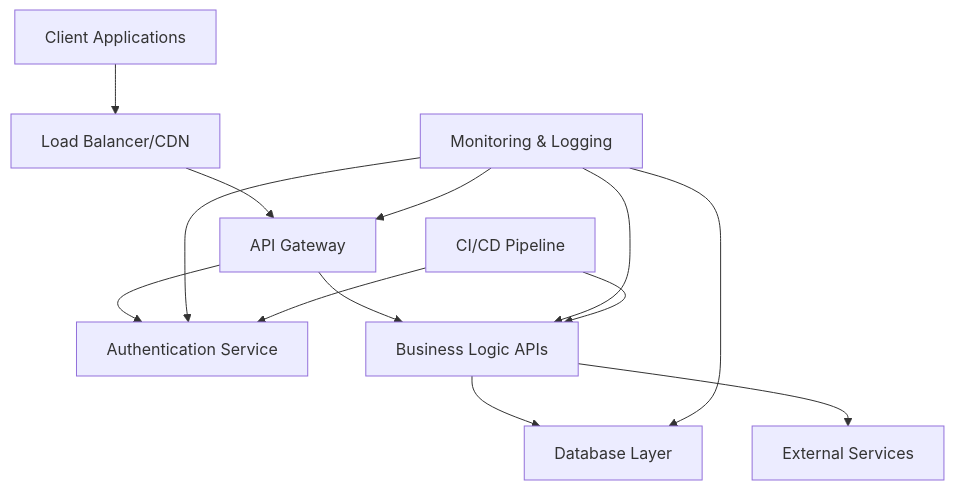
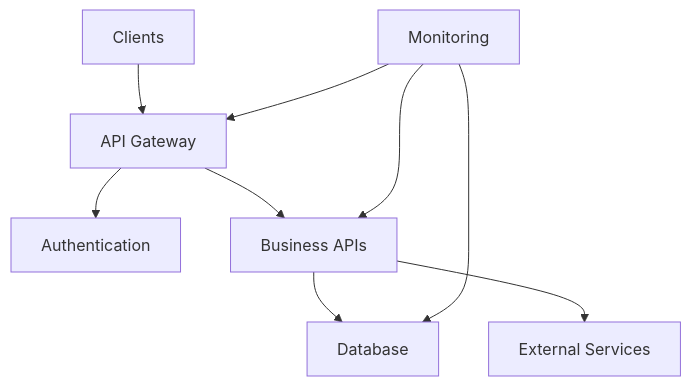
One commit to wagov-dtt/architecture-decision-records changed the diagram in reference-architectures/openapi-backends.qmd. Above: the diagram before and after it, drawn with Mermaid. The commit also changed other lines of this file and 20 other files, not shown here.

````diff
--- a/reference-architectures/openapi-backends.qmd
+++ b/reference-architectures/openapi-backends.qmd
@@ -9,18 +18,12 @@
 ```{mermaid}
-%%| fig-cap: "OpenAPI Backend Reference Architecture"
-flowchart TD
-    A[Client Applications] --> B[Load Balancer/CDN]
-    B --> C[API Gateway]
-    C --> D[Authentication Service]
-    C --> E[Business Logic APIs]
-    E --> F[Database Layer]
-    E --> G[External Services]
+graph TB
+    Client[Clients] --> Gateway[API Gateway]
+    Gateway --> Auth[Authentication]
+    Gateway --> API[Business APIs]
+    API --> DB[Database]
+    API --> External[External Services]
     
-    H[Monitoring & Logging] --> C
-    H --> D
-    H --> E
-    H --> F
-    
-    I[CI/CD Pipeline] --> E
-    I --> D
+    Monitor[Monitoring] --> Gateway
+    Monitor --> API
+    Monitor --> DB
 ```
````
